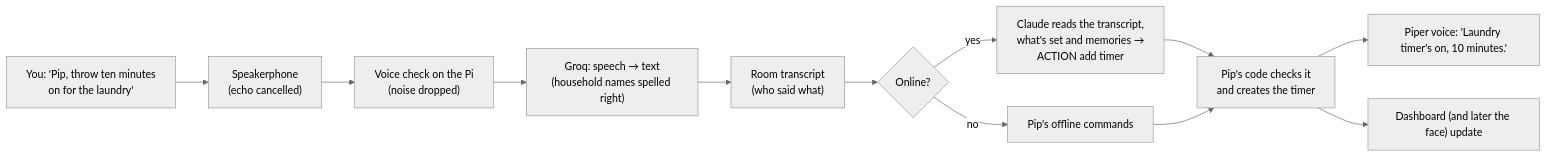
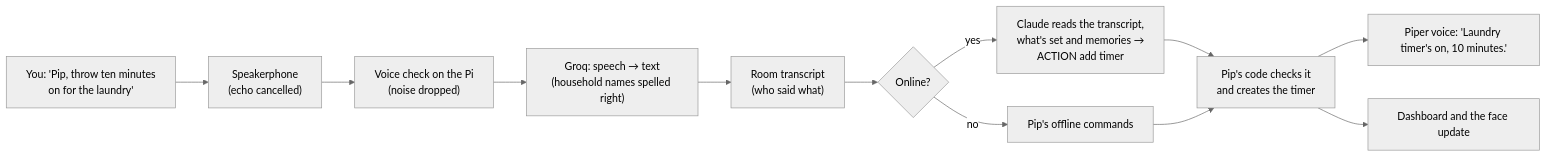
The eighth of 8 diagrams in docs/PIP-SPEC.md (LandenHeine17/pip), drawn with Mermaid (neutral theme) before and after one commit. The commit also changed other lines of this file and 59 other files, not shown here.

````diff
--- a/docs/PIP-SPEC.md
+++ b/docs/PIP-SPEC.md
@@ -250,14 +258,14 @@
 ```mermaid
 flowchart LR
     A["You: 'Pip, throw ten minutes<br/>on for the laundry'"] --> B["Speakerphone<br/>(echo cancelled)"]
     B --> V["Voice check on the Pi<br/>(noise dropped)"]
     V --> D["Groq: speech → text<br/>(household names spelled right)"]
     D --> T["Room transcript<br/>(who said what)"]
     T --> E{"Online?"}
     E -- "yes" --> G["Claude reads the transcript,<br/>what's set and memories →<br/>ACTION add timer"]
     E -- "no" --> L["Pip's offline commands"]
     G --> F["Pip's code checks it<br/>and creates the timer"]
     L --> F
     F --> I["Piper voice: 'Laundry timer's on, 10 minutes.'"]
-    F --> J["Dashboard (and later the face) update"]
+    F --> J["Dashboard and the face update"]
 ```
````
